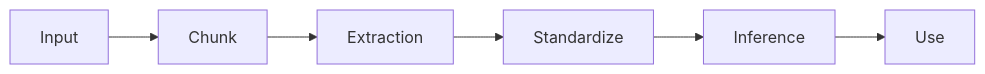
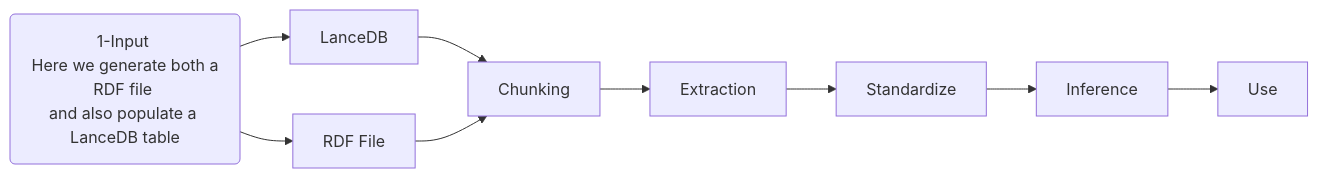
One commit to OHDSI/gaiaCatalog changed the diagram in architecture/README.md. Above: the diagram before and after it, drawn with Mermaid. The commit also changed other lines of this file and 12 other files, not shown here.

First line of the commit message:
Add extraction pipeline enhancements, update schema handling, and expand dependencies

````diff
--- a/architecture/README.md
+++ b/architecture/README.md
@@ -25,5 +25,14 @@
 ```mermaid
 flowchart LR
 
-Input --> Chunk --> Extraction --> Standardize --> Inference --> Use
+Input("1-Input \n Here we generate both a RDF file \nand also populate a LanceDB table")
+
+Input --> RDF["RDF File"]
+Input --> LDB["LanceDB"]
+
+LDB --> Chunk["Chunking"]
+RDF --> Chunk --> Extraction --> Standardize --> Inference --> Use
+
+
+
 ```
````
